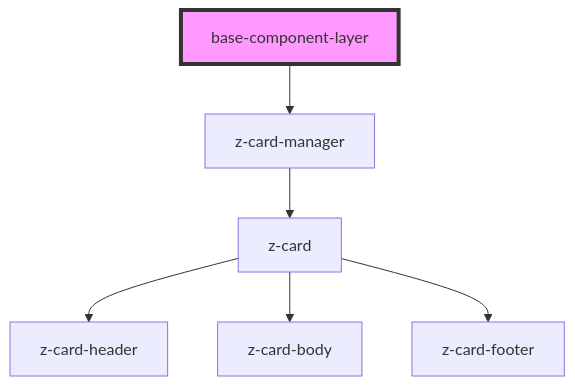
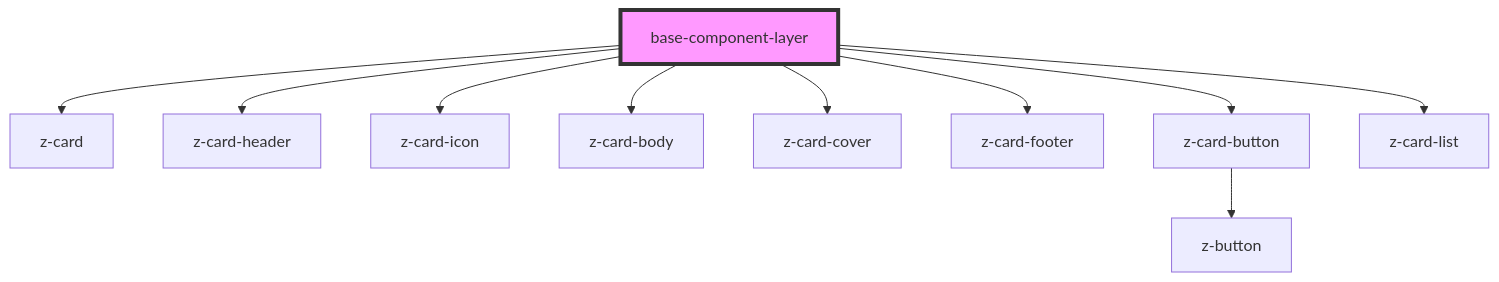
Before and after one commit to ZanichelliEditore/design-system: the diagram in web-components-library/src/components/baseComponentLayer/readme.md, drawn with Mermaid. The commit also changed other lines of this file and 36 other files, not shown here.

````diff
--- a/web-components-library/src/components/baseComponentLayer/readme.md
+++ b/web-components-library/src/components/baseComponentLayer/readme.md
@@ -22,9 +29,13 @@
 ```mermaid
 graph TD;
-  base-component-layer --> z-card-manager
-  z-card-manager --> z-card
-  z-card --> z-card-header
-  z-card --> z-card-body
-  z-card --> z-card-footer
+  base-component-layer --> z-card
+  base-component-layer --> z-card-header
+  base-component-layer --> z-card-icon
+  base-component-layer --> z-card-body
+  base-component-layer --> z-card-cover
+  base-component-layer --> z-card-footer
+  base-component-layer --> z-card-button
+  base-component-layer --> z-card-list
+  z-card-button --> z-button
   style base-component-layer fill:#f9f,stroke:#333,stroke-width:4px
 ```
````
